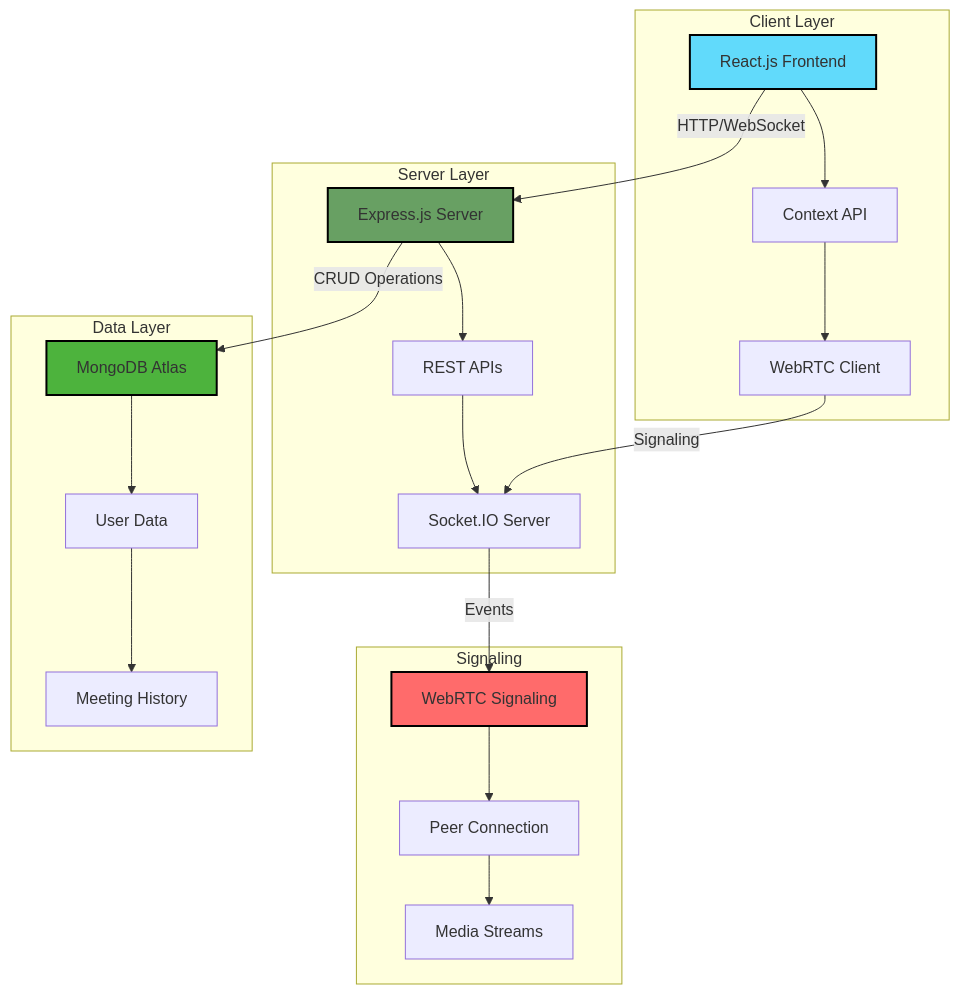
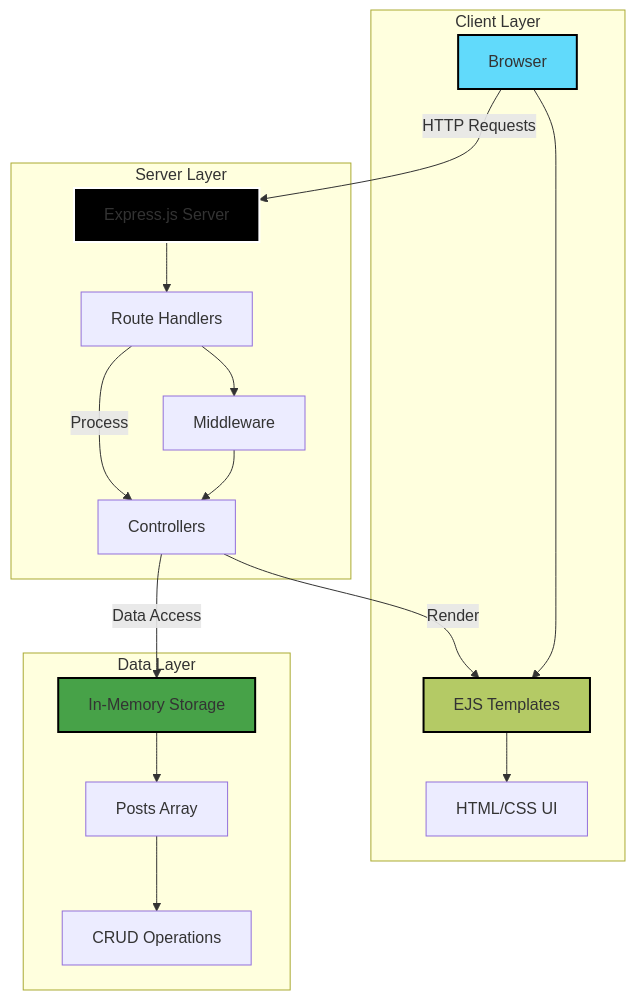
Before and after one commit to VAMSHIYADAV46/JoinIn: the diagram in README.md, drawn with Mermaid. The commit also changed other lines of this file, not shown here.

````diff
--- a/README.md
+++ b/README.md
@@ -83,32 +76,28 @@
 ```mermaid
 graph TB
     subgraph "Client Layer"
-        A[React.js Frontend] --> B[Context API]
-        B --> C[WebRTC Client]
+        A[Browser] --> B[EJS Templates]
+        B --> C[HTML/CSS UI]
     end
     
     subgraph "Server Layer"
-        D[Express.js Server] --> E[REST APIs]
-        E --> F[Socket.IO Server]
-    end
-    
-    subgraph "Signaling"
-        G[WebRTC Signaling] --> H[Peer Connection]
-        H --> I[Media Streams]
+        D[Express.js Server] --> E[Route Handlers]
+        E --> F[Middleware]
+        F --> G[Controllers]
     end
     
     subgraph "Data Layer"
-        J[MongoDB Atlas] --> K[User Data]
-        K --> L[Meeting History]
+        H[In-Memory Storage] --> I[Posts Array]
+        I --> J[CRUD Operations]
     end
     
-    A -->|HTTP/WebSocket| D
-    C -->|Signaling| F
-    F -->|Events| G
-    D -->|CRUD Operations| J
+    A -->|HTTP Requests| D
+    E -->|Process| G
+    G -->|Render| B
+    G -->|Data Access| H
     
     style A fill:#61dafb,stroke:#000,stroke-width:2px
-    style D fill:#68a063,stroke:#000,stroke-width:2px
-    style G fill:#ff6b6b,stroke:#000,stroke-width:2px
-    style J fill:#4db33d,stroke:#000,stroke-width:2px
+    style D fill:#000000,stroke:#fff,stroke-width:2px
+    style H fill:#47a248,stroke:#000,stroke-width:2px
+    style B fill:#b4ca65,stroke:#000,stroke-width:2px
 ```
````
